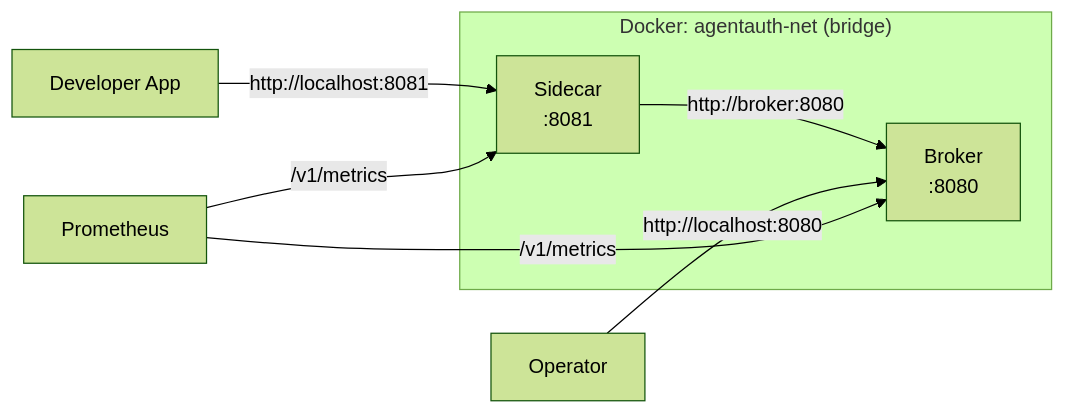
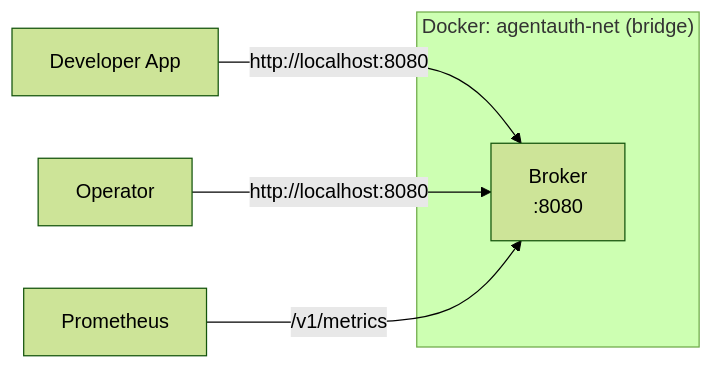
One commit to devonartis/agentwrit changed the first of 2 diagrams in docs/getting-started-operator.md. Above: the diagram before and after it, drawn with Mermaid (forest theme). The commit also changed other lines of this file and 21 other files, not shown here.

````diff
--- a/docs/getting-started-operator.md
+++ b/docs/getting-started-operator.md
@@ -43,12 +39,9 @@
 ```mermaid
 flowchart LR
     subgraph "Docker: agentauth-net (bridge)"
         B["Broker<br/>:8080"]
-        S["Sidecar<br/>:8081"]
     end
-    S -- "http://broker:8080" --> B
-    Dev["Developer App"] -- "http://localhost:8081" --> S
+    Dev["Developer App"] -- "http://localhost:8080" --> B
     Op["Operator"] -- "http://localhost:8080" --> B
     Prom["Prometheus"] -- "/v1/metrics" --> B
-    Prom -- "/v1/metrics" --> S
 ```
````
